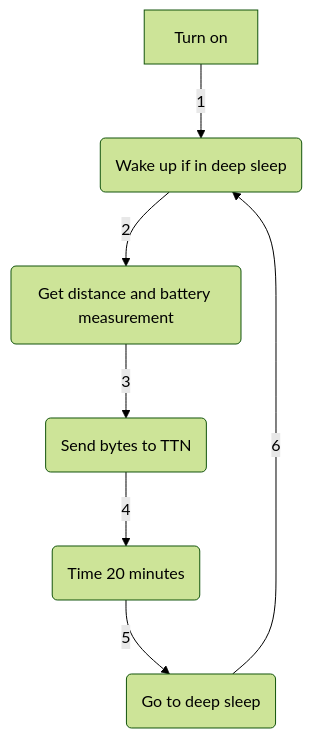
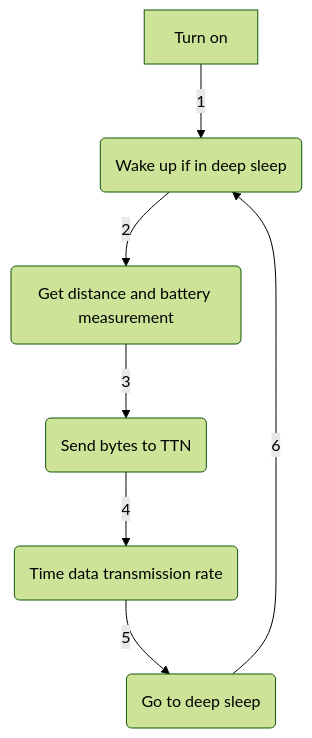
The diagram in README.md (MediaLabUniovi/Sensor-Cooper), drawn with Mermaid (forest theme) before and after one commit.

````diff
--- a/README.md
+++ b/README.md
@@ -122,9 +122,9 @@
 ```mermaid
 graph TD;
   A[Turn on] -->|1| B(Wake up if in deep sleep)
   B -->|2| C(Get distance and battery measurement)
   C -->|3| D(Send bytes to TTN)
-  D -->|4| E(Time 20 minutes)
+  D -->|4| E(Time data transmission rate)
   E -->|5| F(Go to deep sleep)
   F -->|6| B
 ```
````
